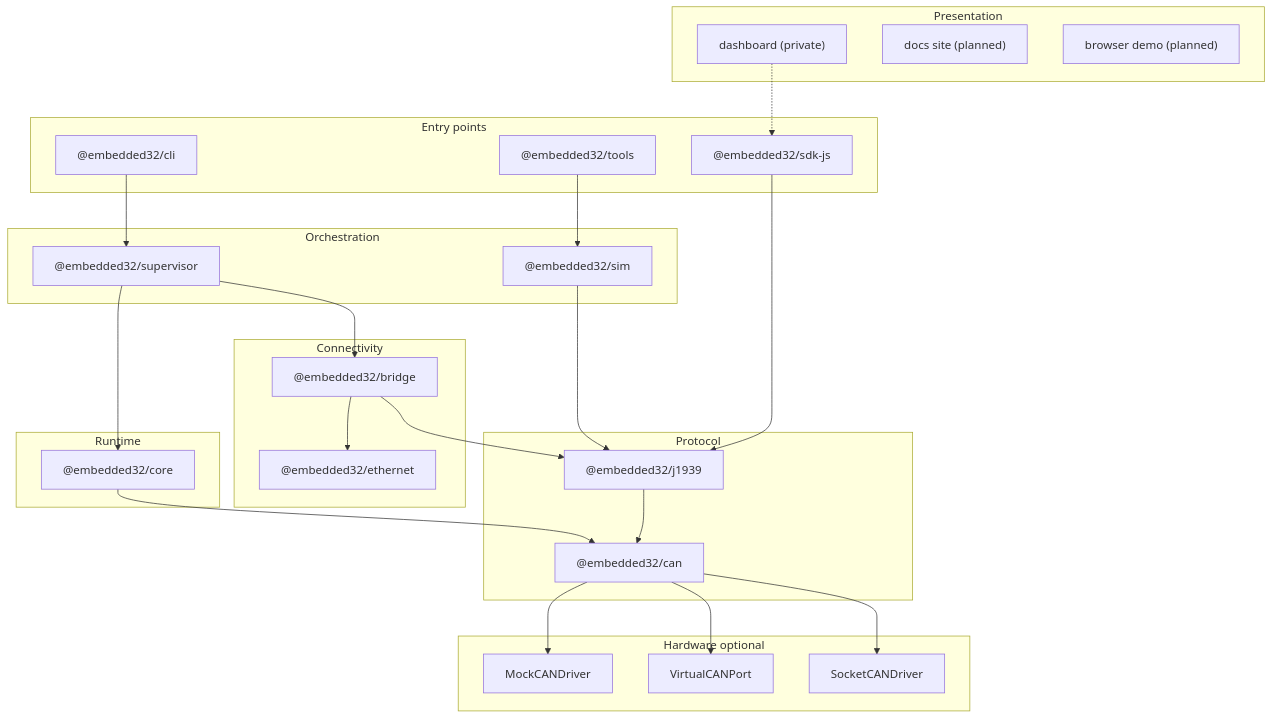
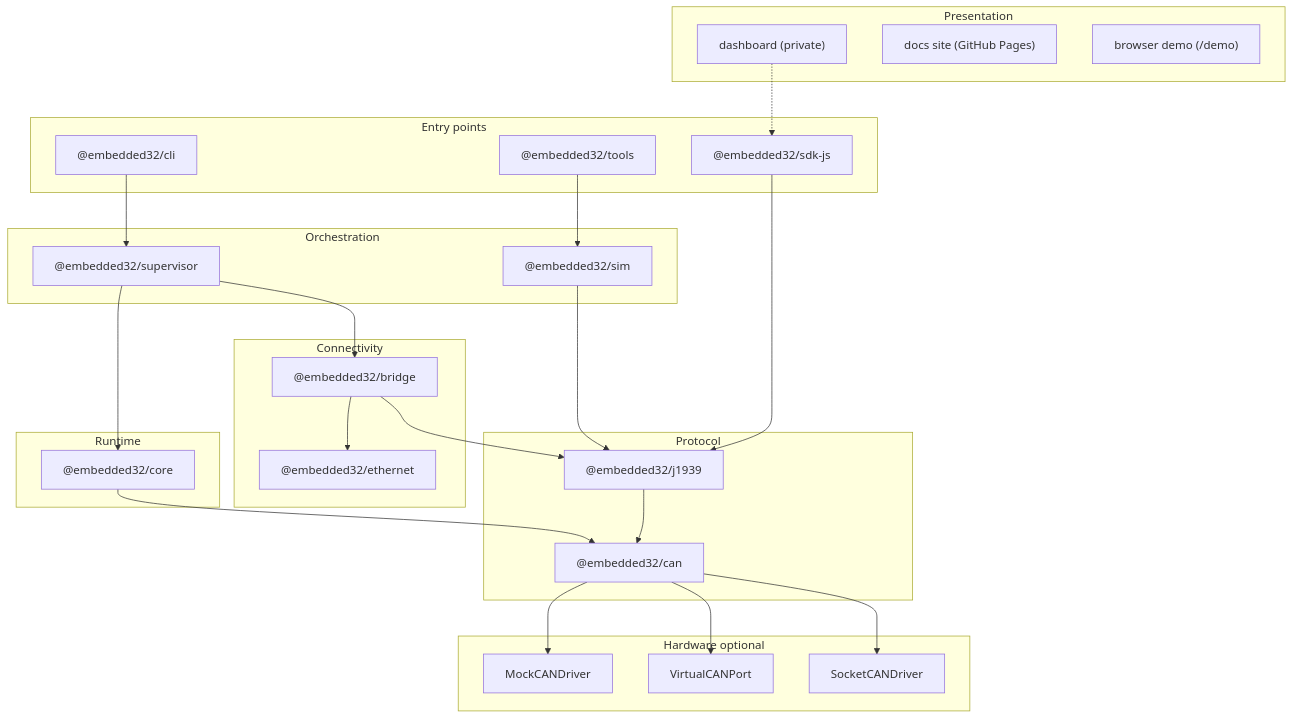
One commit to Mukesh-SCS/Embedded32 changed the first of 3 diagrams in docs/architecture.md. Above: the diagram before and after it, drawn with Mermaid. The commit also changed other lines of this file and 326 other files, not shown here.

````diff
--- a/docs/architecture.md
+++ b/docs/architecture.md
@@ -14,47 +14,47 @@
 ```mermaid
 flowchart TB
   subgraph presentation [Presentation]
     DASH["dashboard (private)"]
-    SITE["docs site (planned)"]
-    DEMO["browser demo (planned)"]
+    SITE["docs site (GitHub Pages)"]
+    DEMO["browser demo (/demo)"]
   end
   subgraph entry [Entry points]
     CLI["@embedded32/cli"]
     TOOLS["@embedded32/tools"]
     SDK["@embedded32/sdk-js"]
   end
   subgraph orchestration [Orchestration]
     SUP["@embedded32/supervisor"]
     SIM["@embedded32/sim"]
   end
   subgraph runtime [Runtime]
     CORE["@embedded32/core"]
   end
   subgraph protocol [Protocol]
     J1939["@embedded32/j1939"]
     CAN["@embedded32/can"]
   end
   subgraph connectivity [Connectivity]
     BR["@embedded32/bridge"]
     ETH["@embedded32/ethernet"]
   end
   subgraph hardware [Hardware optional]
     MOCK["MockCANDriver"]
     VIRT["VirtualCANPort"]
     SOCK["SocketCANDriver"]
   end
   CLI --> SUP
   TOOLS --> SIM
   SDK --> J1939
   SUP --> CORE
   SUP --> BR
   SIM --> J1939
   J1939 --> CAN
   BR --> ETH
   BR --> J1939
   CORE --> CAN
   CAN --> MOCK
   CAN --> VIRT
   CAN --> SOCK
   DASH -.-> SDK
 ```
````
